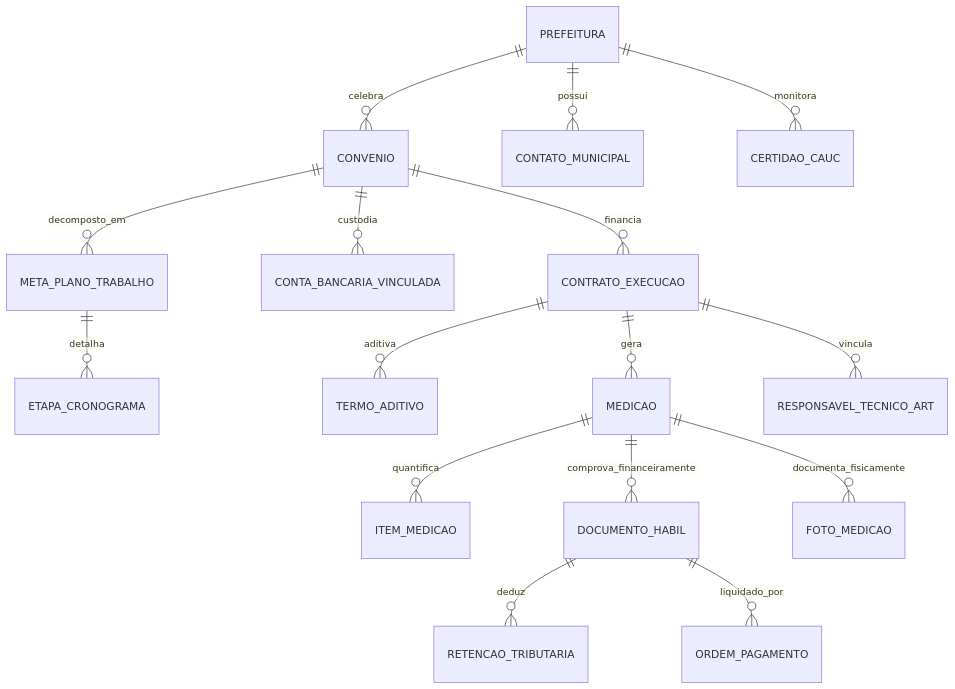
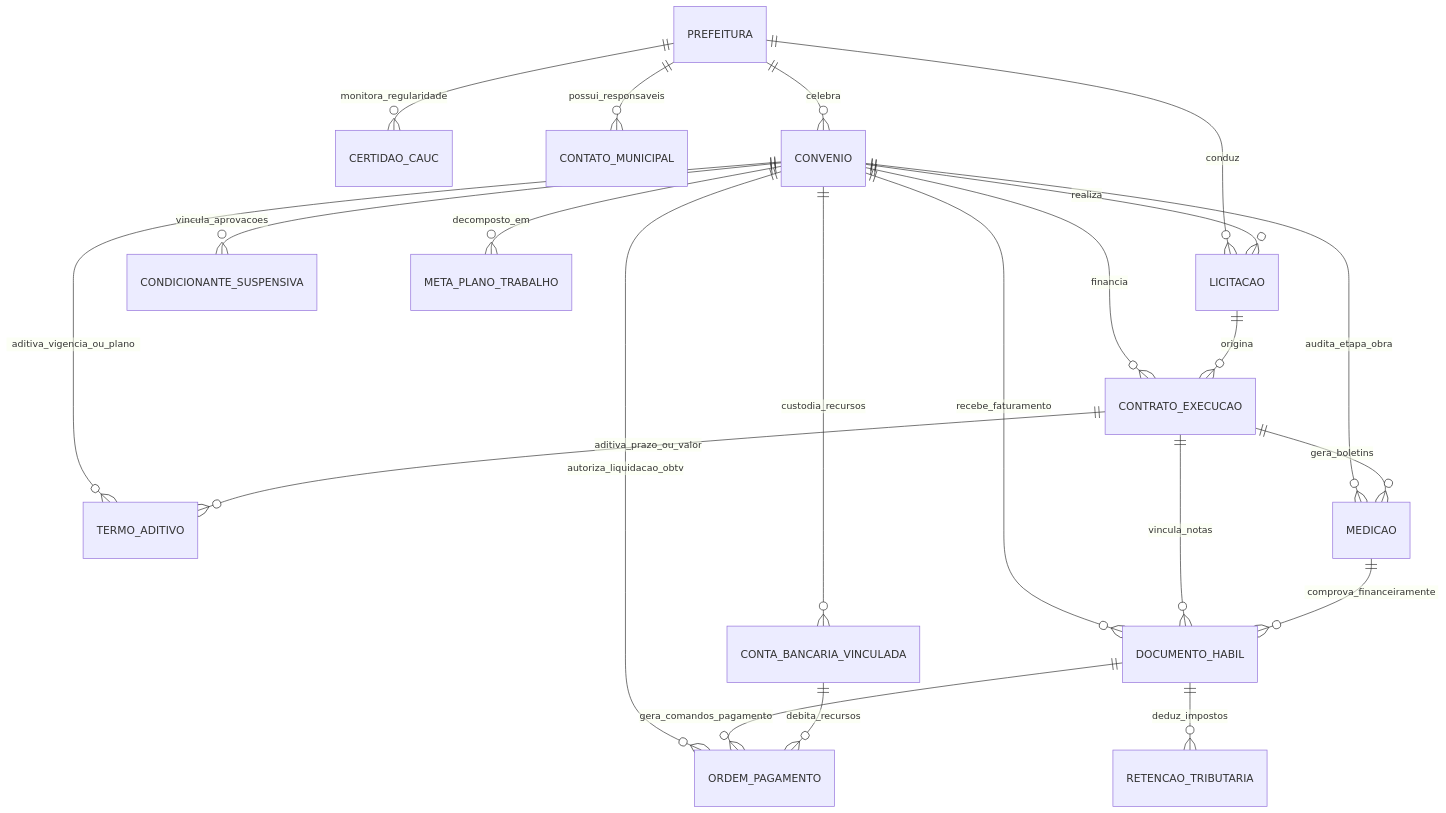
One commit to Gabrielc476/consultoria changed the second of 2 diagrams in docs/architecture/09_modelo_de_dominio_e_entidades.md. Above: the diagram before and after it, drawn with Mermaid. The commit also changed other lines of this file and 31 other files, not shown here.

First line of the commit message:
feat(schema): Implement lifecycle migrations V1 to V13 and interactive SPA

````diff
--- a/docs/architecture/09_modelo_de_dominio_e_entidades.md
+++ b/docs/architecture/09_modelo_de_dominio_e_entidades.md
@@ -41,23 +46,30 @@
 ```mermaid
 erDiagram
+    PREFEITURA ||--o{ CERTIDAO_CAUC : monitora_regularidade
+    PREFEITURA ||--o{ CONTATO_MUNICIPAL : possui_responsaveis
     PREFEITURA ||--o{ CONVENIO : celebra
-    PREFEITURA ||--o{ CONTATO_MUNICIPAL : possui
-    PREFEITURA ||--o{ CERTIDAO_CAUC : monitora
+    PREFEITURA ||--o{ LICITACAO : conduz
 
+    CONVENIO ||--o{ CONDICIONANTE_SUSPENSIVA : vincula_aprovacoes
+    CONVENIO ||--o{ CONTA_BANCARIA_VINCULADA : custodia_recursos
     CONVENIO ||--o{ META_PLANO_TRABALHO : decomposto_em
-    CONVENIO ||--o{ CONTA_BANCARIA_VINCULADA : custodia
+    CONVENIO ||--o{ LICITACAO : realiza
     CONVENIO ||--o{ CONTRATO_EXECUCAO : financia
+    CONVENIO ||--o{ TERMO_ADITIVO : aditiva_vigencia_ou_plano
+    CONVENIO ||--o{ MEDICAO : audita_etapa_obra
+    CONVENIO ||--o{ DOCUMENTO_HABIL : recebe_faturamento
+    CONVENIO ||--o{ ORDEM_PAGAMENTO : autoriza_liquidacao_obtv
 
-    META_PLANO_TRABALHO ||--o{ ETAPA_CRONOGRAMA : detalha
+    LICITACAO ||--o{ CONTRATO_EXECUCAO : origina
 
-    CONTRATO_EXECUCAO ||--o{ TERMO_ADITIVO : aditiva
-    CONTRATO_EXECUCAO ||--o{ MEDICAO : gera
-    CONTRATO_EXECUCAO ||--o{ RESPONSAVEL_TECNICO_ART : vincula
+    CONTRATO_EXECUCAO ||--o{ TERMO_ADITIVO : aditiva_prazo_ou_valor
+    CONTRATO_EXECUCAO ||--o{ MEDICAO : gera_boletins
+    CONTRATO_EXECUCAO ||--o{ DOCUMENTO_HABIL : vincula_notas
 
-    MEDICAO ||--o{ ITEM_MEDICAO : quantifica
     MEDICAO ||--o{ DOCUMENTO_HABIL : comprova_financeiramente
-    MEDICAO ||--o{ FOTO_MEDICAO : documenta_fisicamente
 
-    DOCUMENTO_HABIL ||--o{ RETENCAO_TRIBUTARIA : deduz
-    DOCUMENTO_HABIL ||--o{ ORDEM_PAGAMENTO : liquidado_por
+    DOCUMENTO_HABIL ||--o{ RETENCAO_TRIBUTARIA : deduz_impostos
+    DOCUMENTO_HABIL ||--o{ ORDEM_PAGAMENTO : gera_comandos_pagamento
+
+    CONTA_BANCARIA_VINCULADA ||--o{ ORDEM_PAGAMENTO : debita_recursos
 ```
````
